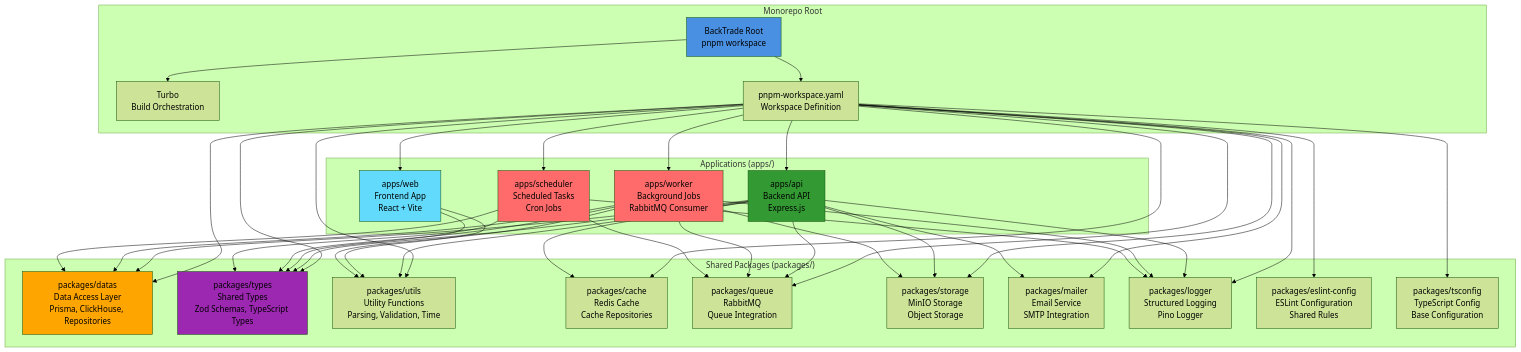
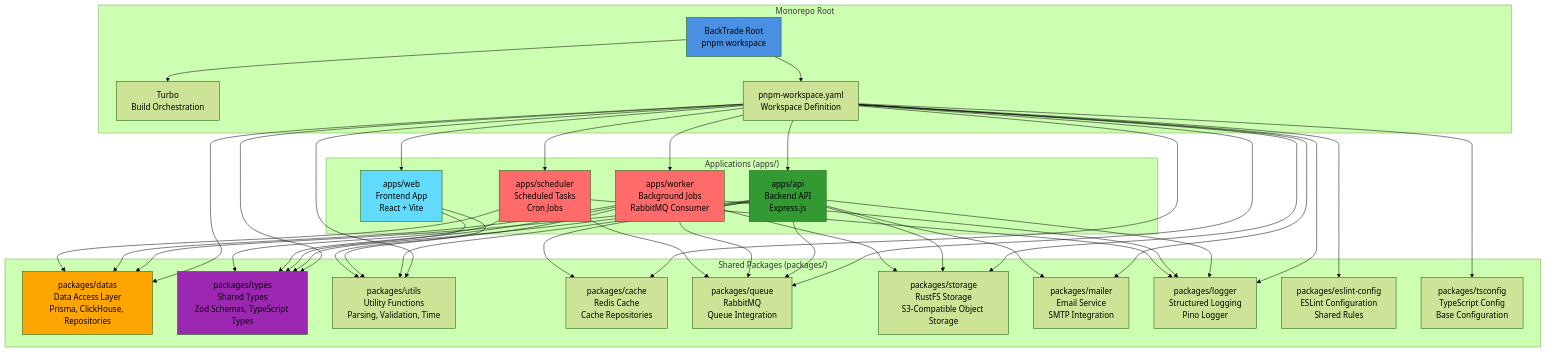
The diagram in documentation/monorepo/workspace-structure.md (DamienReichhart/BackTrade), drawn with Mermaid (forest theme) before and after one commit. The commit also changed 18 other files, not shown here.

````diff
--- a/documentation/monorepo/workspace-structure.md
+++ b/documentation/monorepo/workspace-structure.md
@@ -1,77 +1,77 @@
 ```mermaid
 graph TB
     subgraph "Monorepo Root"
         Root[BackTrade Root<br/>pnpm workspace]
         Turbo[Turbo<br/>Build Orchestration]
         WorkspaceConfig[pnpm-workspace.yaml<br/>Workspace Definition]
     end
 
     subgraph "Applications (apps/)"
         APIApp[apps/api<br/>Backend API<br/>Express.js]
         WebApp[apps/web<br/>Frontend App<br/>React + Vite]
         WorkerApp[apps/worker<br/>Background Jobs<br/>RabbitMQ Consumer]
         SchedulerApp[apps/scheduler<br/>Scheduled Tasks<br/>Cron Jobs]
     end
 
     subgraph "Shared Packages (packages/)"
         DataPackage[packages/datas<br/>Data Access Layer<br/>Prisma, ClickHouse, Repositories]
         TypesPackage[packages/types<br/>Shared Types<br/>Zod Schemas, TypeScript Types]
         UtilsPackage[packages/utils<br/>Utility Functions<br/>Parsing, Validation, Time]
         CachePackage[packages/cache<br/>Redis Cache<br/>Cache Repositories]
         QueuePackage[packages/queue<br/>RabbitMQ<br/>Queue Integration]
-        StoragePackage[packages/storage<br/>MinIO Storage<br/>Object Storage]
+        StoragePackage[packages/storage<br/>RustFS Storage<br/>S3-Compatible Object Storage]
         MailerPackage[packages/mailer<br/>Email Service<br/>SMTP Integration]
         LoggerPackage[packages/logger<br/>Structured Logging<br/>Pino Logger]
         ESLintPackage[packages/eslint-config<br/>ESLint Configuration<br/>Shared Rules]
         TSConfigPackage[packages/tsconfig<br/>TypeScript Config<br/>Base Configuration]
     end
 
     Root --> Turbo
     Root --> WorkspaceConfig
     WorkspaceConfig --> APIApp
     WorkspaceConfig --> WebApp
     WorkspaceConfig --> WorkerApp
     WorkspaceConfig --> SchedulerApp
     WorkspaceConfig --> DataPackage
     WorkspaceConfig --> TypesPackage
     WorkspaceConfig --> UtilsPackage
     WorkspaceConfig --> CachePackage
     WorkspaceConfig --> QueuePackage
     WorkspaceConfig --> StoragePackage
     WorkspaceConfig --> MailerPackage
     WorkspaceConfig --> LoggerPackage
     WorkspaceConfig --> ESLintPackage
     WorkspaceConfig --> TSConfigPackage
 
     APIApp --> DataPackage
     APIApp --> TypesPackage
     APIApp --> UtilsPackage
     APIApp --> CachePackage
     APIApp --> QueuePackage
     APIApp --> StoragePackage
     APIApp --> MailerPackage
     APIApp --> LoggerPackage
 
     WebApp --> TypesPackage
     WebApp --> UtilsPackage
 
     WorkerApp --> DataPackage
     WorkerApp --> TypesPackage
     WorkerApp --> UtilsPackage
     WorkerApp --> QueuePackage
     WorkerApp --> StoragePackage
     WorkerApp --> LoggerPackage
 
     SchedulerApp --> DataPackage
     SchedulerApp --> TypesPackage
     SchedulerApp --> QueuePackage
     SchedulerApp --> LoggerPackage
 
     style Root fill:#4a90e2
     style APIApp fill:#339933
     style WebApp fill:#61dafb
     style WorkerApp fill:#ff6b6b
     style SchedulerApp fill:#ff6b6b
     style DataPackage fill:#ffa500
     style TypesPackage fill:#9c27b0
 ```
````
